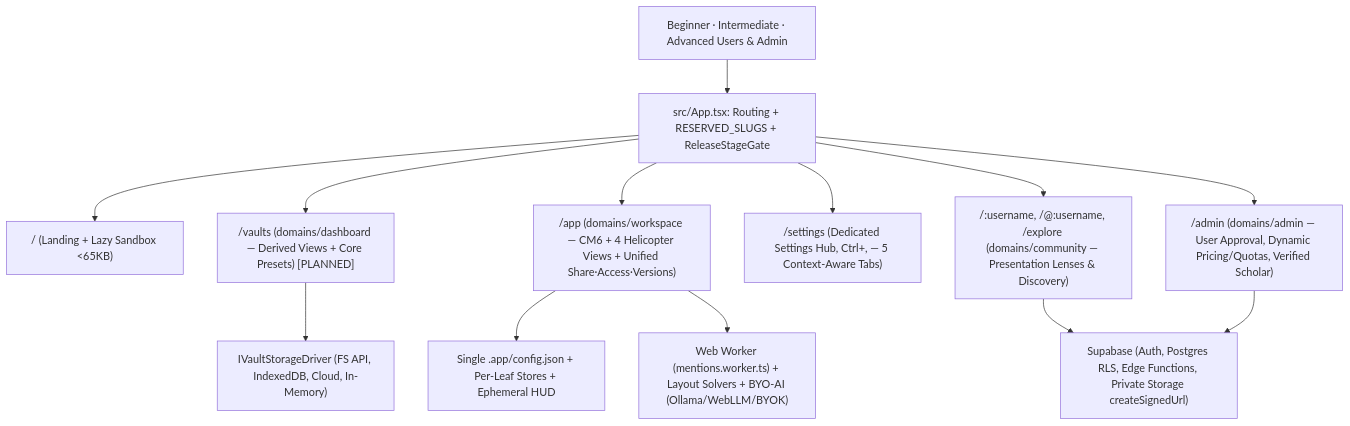
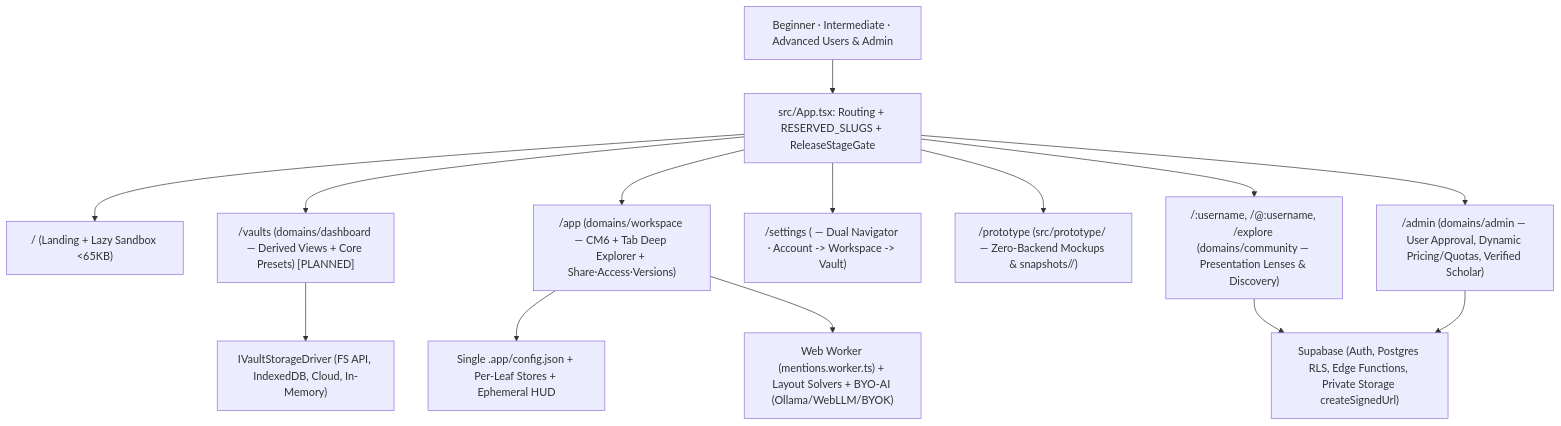
The first of 2 diagrams in docs/03-architecture/system-overview.md (mjd-code/obmap-meed), drawn with Mermaid before and after one commit. The commit also changed other lines of this file and 87 other files, not shown here.

````diff
--- a/docs/03-architecture/system-overview.md
+++ b/docs/03-architecture/system-overview.md
@@ -31,16 +31,17 @@
 ```mermaid
 flowchart TB
     USR["Beginner · Intermediate · Advanced Users & Admin"] --> ROUTER["src/App.tsx: Routing + RESERVED_SLUGS + ReleaseStageGate"]
     ROUTER --> LAND["/ (Landing + Lazy Sandbox <65KB)"]
     ROUTER --> DASH["/vaults (domains/dashboard — Derived Views + Core Presets) [PLANNED]"]
-    ROUTER --> WORK["/app (domains/workspace — CM6 + 4 Helicopter Views + Unified Share·Access·Versions)"]
-    ROUTER --> SET["/settings (Dedicated Settings Hub, Ctrl+, — 5 Context-Aware Tabs)"]
+    ROUTER --> WORK["/app (domains/workspace — CM6 + Tab Deep Explorer + Share·Access·Versions)"]
+    ROUTER --> SET["/settings (<SettingsHub /> — Dual Navigator · Account -> Workspace -> Vault)"]
+    ROUTER --> PROTO["/prototype (src/prototype/ — Zero-Backend Mockups & snapshots/<stage-id>/)"]
     ROUTER --> COMM["/:username, /@:username, /explore (domains/community — Presentation Lenses & Discovery)"]
     ROUTER --> ADM["/admin (domains/admin — User Approval, Dynamic Pricing/Quotas, Verified Scholar)"]
 
     WORK --> CFG["Single .app/config.json + Per-Leaf Stores + Ephemeral HUD"]
     WORK --> WORKER["Web Worker (mentions.worker.ts) + Layout Solvers + BYO-AI (Ollama/WebLLM/BYOK)"]
     DASH --> DRV["IVaultStorageDriver (FS API, IndexedDB, Cloud, In-Memory)"]
     COMM --> SB["Supabase (Auth, Postgres RLS, Edge Functions, Private Storage createSignedUrl)"]
     ADM --> SB
 ```
````
